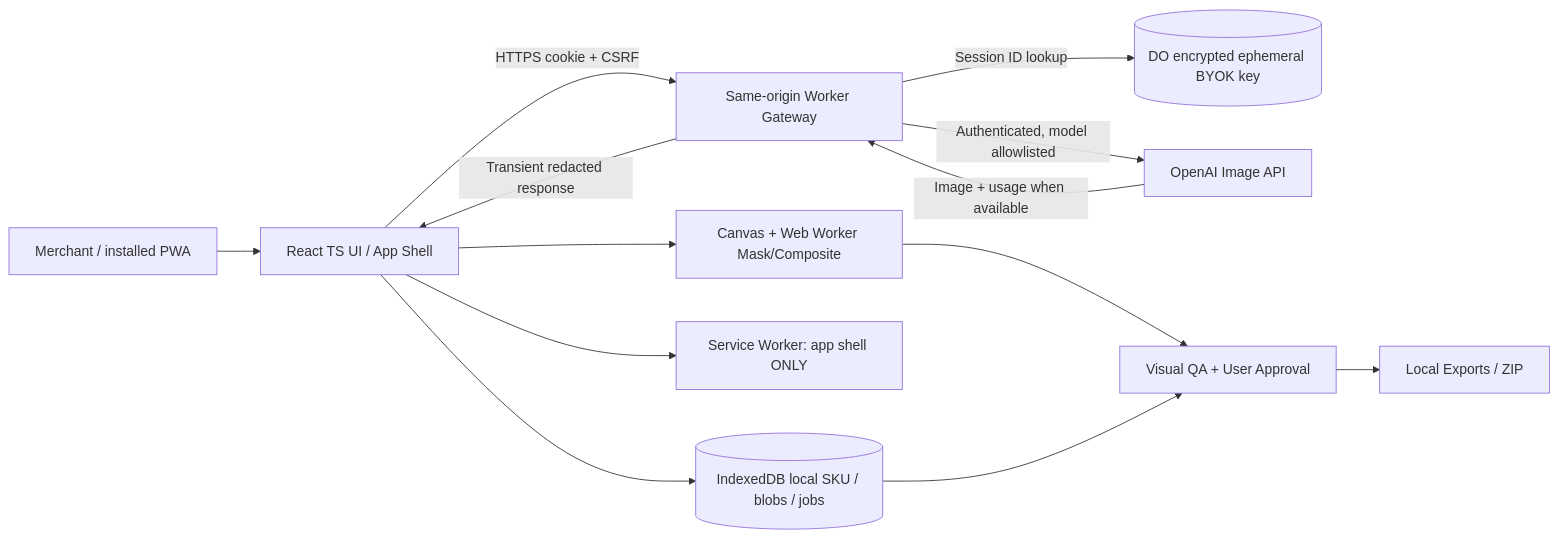
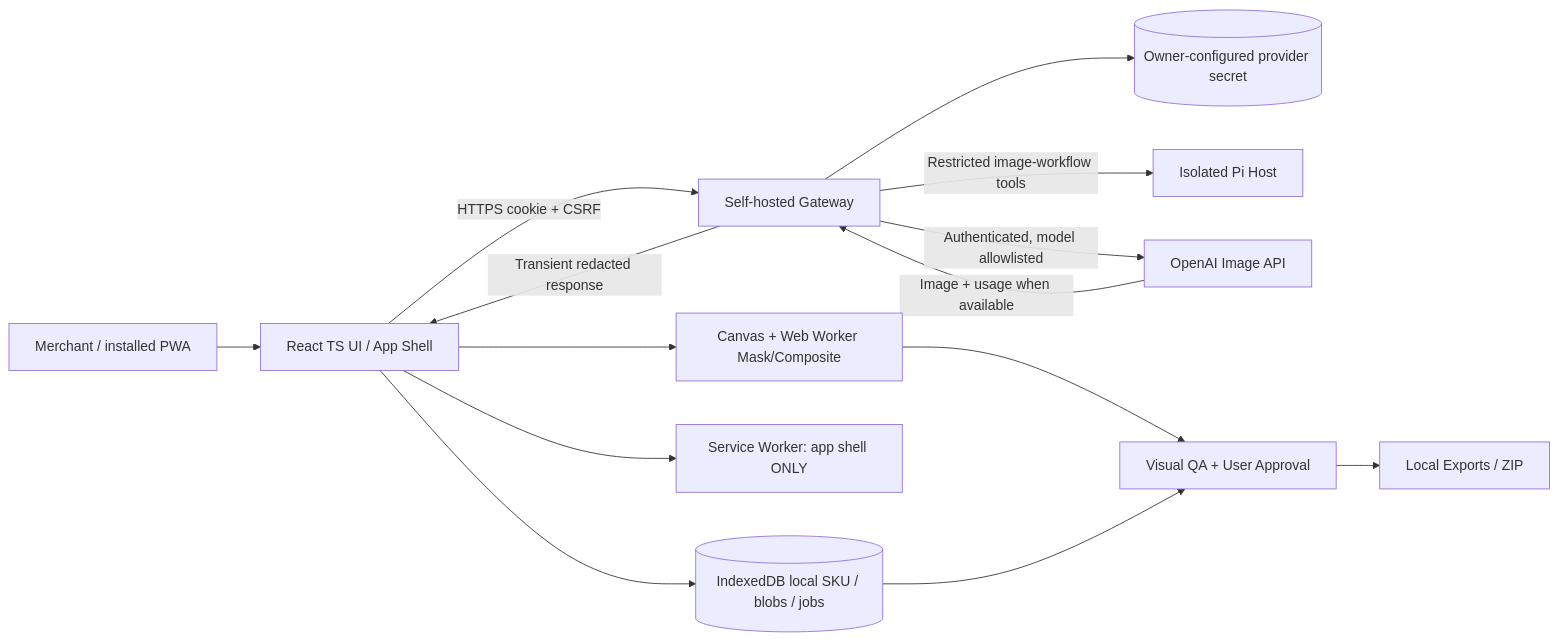
The diagram in docs/02-architecture/SYSTEM_ARCHITECTURE.md (yapweijun1996/PWA-AI-Product-Image-Studio-BYOK), drawn with Mermaid before and after one commit. The commit also changed other lines of this file and 27 other files, not shown here.

Commit message:
Record self-hosted gateway preflight

````diff
--- a/docs/02-architecture/SYSTEM_ARCHITECTURE.md
+++ b/docs/02-architecture/SYSTEM_ARCHITECTURE.md
@@ -7,15 +7,16 @@
 ```mermaid
 flowchart LR
 U[Merchant / installed PWA] --> UI[React TS UI / App Shell]
 UI --> DB[(IndexedDB local SKU / blobs / jobs)]
 UI --> MASK[Canvas + Web Worker Mask/Composite]
 UI --> PWA[Service Worker: app shell ONLY]
-UI -->|HTTPS cookie + CSRF| GW[Same-origin Worker Gateway]
-GW -->|Session ID lookup| VAULT[(DO encrypted ephemeral BYOK key)]
+UI -->|HTTPS cookie + CSRF| GW[Self-hosted Gateway]
+GW --> S[(Owner-configured provider secret)]
+GW -->|Restricted image-workflow tools| PI[Isolated Pi Host]
 GW -->|Authenticated, model allowlisted| AI[OpenAI Image API]
 AI -->|Image + usage when available| GW
 GW -->|Transient redacted response| UI
 MASK --> QA[Visual QA + User Approval]
 DB --> QA
 QA --> EX[Local Exports / ZIP]
 ```
````
